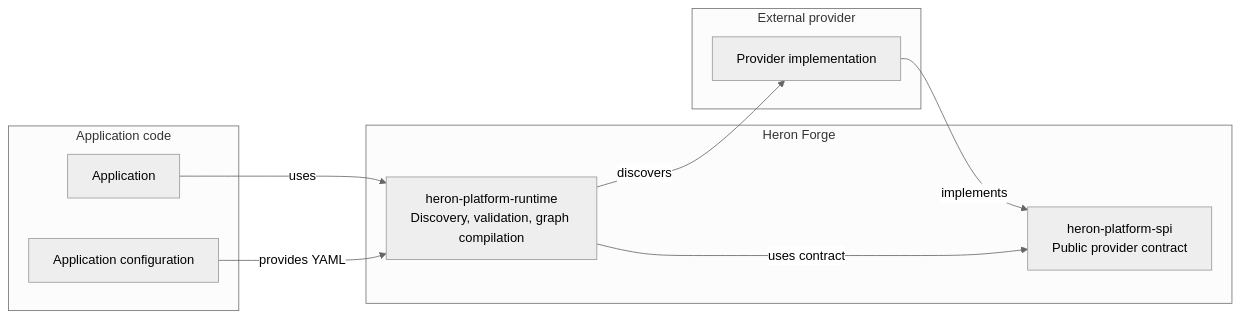
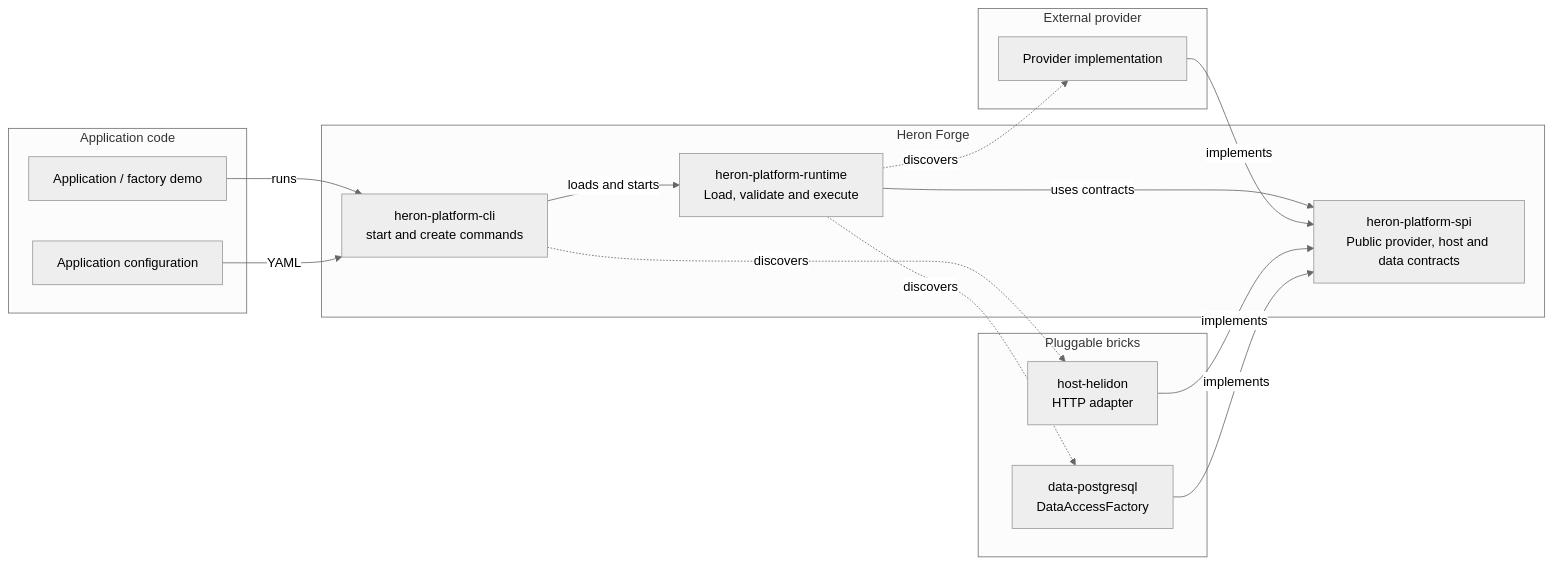
The first of 2 diagrams in README.md (Hogwai/heron-forge), drawn with Mermaid (neutral theme) before and after one commit. The commit also changed other lines of this file, not shown here.

````diff
--- a/README.md
+++ b/README.md
@@ -10,22 +10,33 @@
 ```mermaid
 flowchart LR
     subgraph ApplicationCode [Application code]
-        app["Application"]
+        app["Application / factory demo"]
         appConfig["Application configuration"]
+    end
+
+    subgraph HeronForge [Heron Forge]
+        cli["heron-platform-cli<br/>start and create commands"]
+        runtime["heron-platform-runtime<br/>Load, validate and execute"]
+        spi["heron-platform-spi<br/>Public provider, host and data contracts"]
+    end
+
+    subgraph Bricks [Pluggable bricks]
+        host["host-helidon<br/>HTTP adapter"]
+        data["data-postgresql<br/>DataAccessFactory"]
     end
 
     subgraph ProviderCode [External provider]
         provider["Provider implementation"]
     end
 
-    subgraph HeronForge [Heron Forge]
-        spi["heron-platform-spi<br/>Public provider contract"]
-        runtime["heron-platform-runtime<br/>Discovery, validation, graph compilation"]
-    end
-
-    app -->|"uses"| runtime
-    appConfig -->|"provides YAML"| runtime
+    app -->|"runs"| cli
+    appConfig -->|"YAML"| cli
+    cli -->|"loads and starts"| runtime
+    cli -.->|"discovers"| host
+    runtime -->|"uses contracts"| spi
+    runtime -.->|"discovers"| provider
     provider -->|"implements"| spi
-    runtime -->|"uses contract"| spi
-    runtime -->|"discovers"| provider
+    host -->|"implements"| spi
+    data -->|"implements"| spi
+    runtime -.->|"discovers"| data
 ```
````
